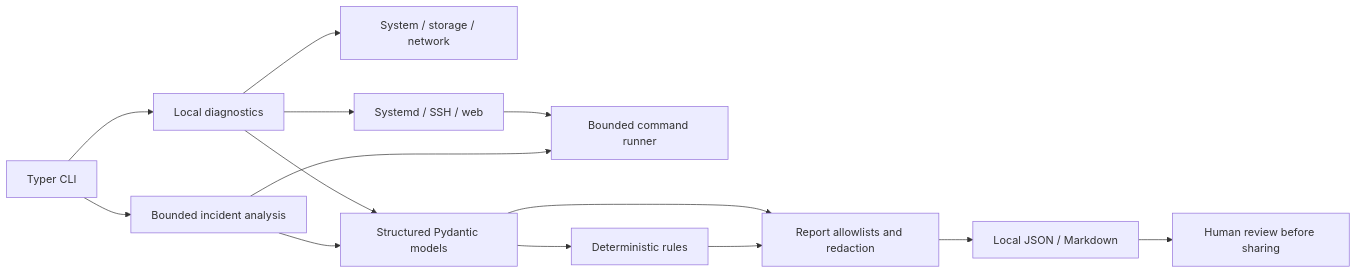
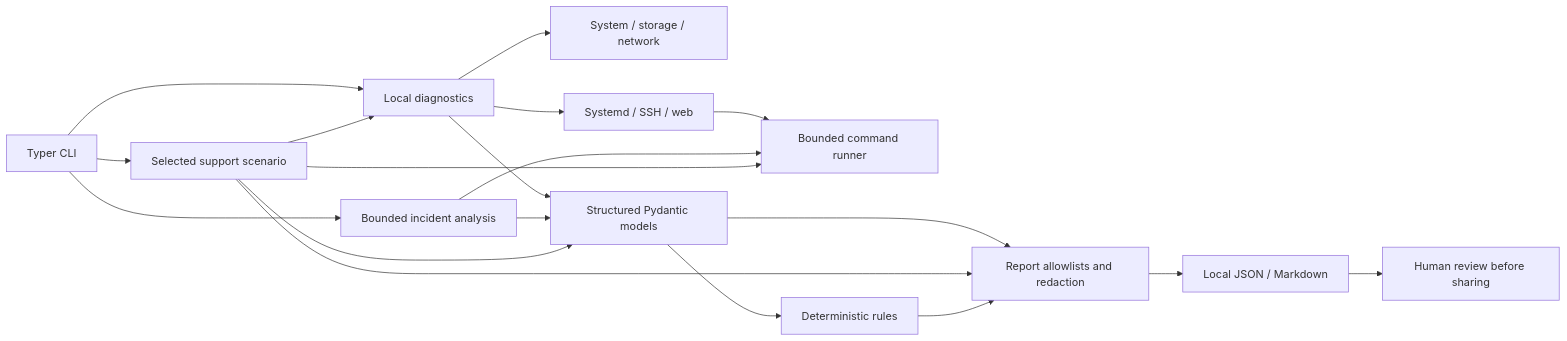
Before and after one commit to sangamLPU/fastvps-doctor: the diagram in docs/ARCHITECTURE.md, drawn with Mermaid. The commit also changed other lines of this file and 27 other files, not shown here.

````diff
--- a/docs/ARCHITECTURE.md
+++ b/docs/ARCHITECTURE.md
@@ -7,16 +7,21 @@
 ```mermaid
 flowchart LR
   CLI[Typer CLI] --> Checks[Local diagnostics]
+  CLI --> Troubleshoot[Selected support scenario]
   Checks --> Sys[System / storage / network]
   Checks --> Svc[Systemd / SSH / web]
   Svc --> Runner[Bounded command runner]
   CLI --> Incident[Bounded incident analysis]
   Incident --> Runner
+  Troubleshoot --> Runner
+  Troubleshoot --> Checks
   Checks --> Models[Structured Pydantic models]
   Incident --> Models
+  Troubleshoot --> Models
   Models --> Rules[Deterministic rules]
   Models --> Privacy[Report allowlists and redaction]
+  Troubleshoot --> Privacy
   Rules --> Privacy
   Privacy --> Render[Local JSON / Markdown]
   Render --> User[Human review before sharing]
 ```
````
